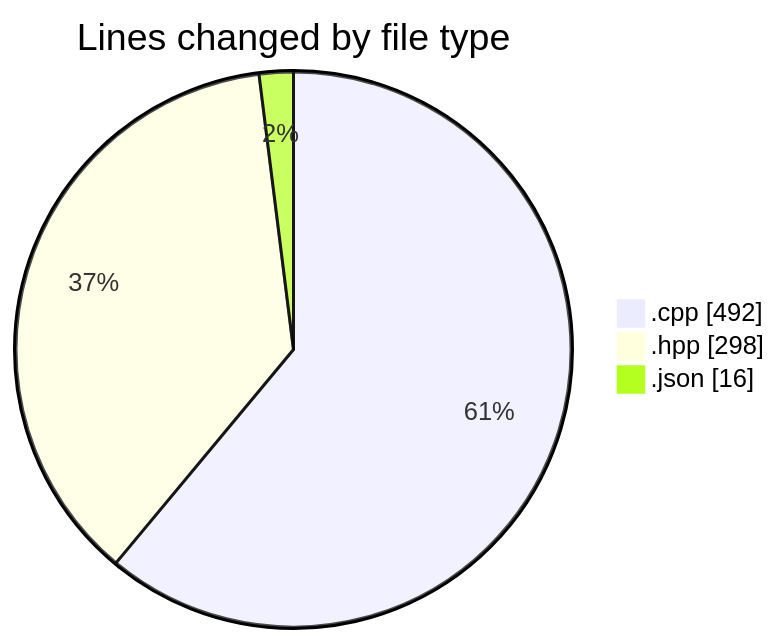
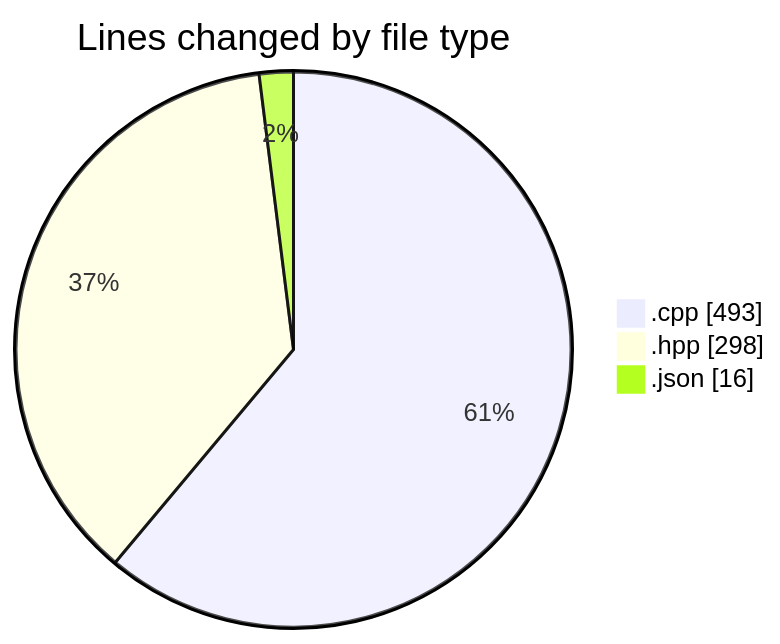
One commit to Netris89/code-tracking changed the first of 2 diagrams in 2025-04-25/echo/README.md. Above: the diagram before and after it, drawn with Mermaid. The commit also changed other lines of this file and 1 other file, not shown here.

````diff
--- a/2025-04-25/echo/README.md
+++ b/2025-04-25/echo/README.md
@@ -23,7 +23,7 @@
 ```mermaid
 pie showData
 title Lines changed by file type
-".cpp" : 492
+".cpp" : 493
 ".hpp" : 298
 ".json" : 16
 ```
````
